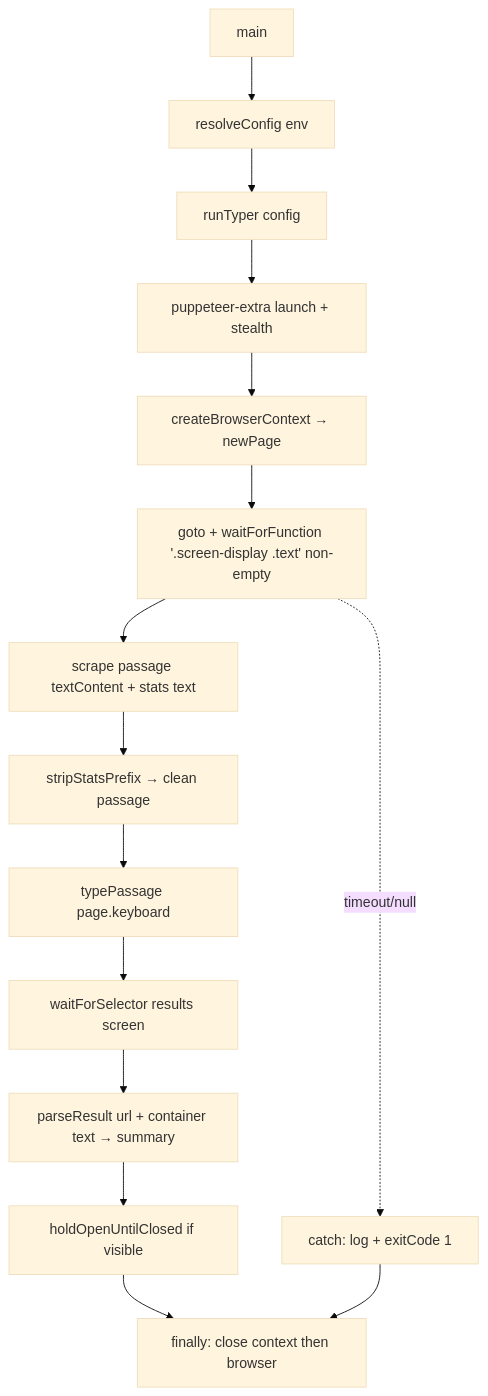
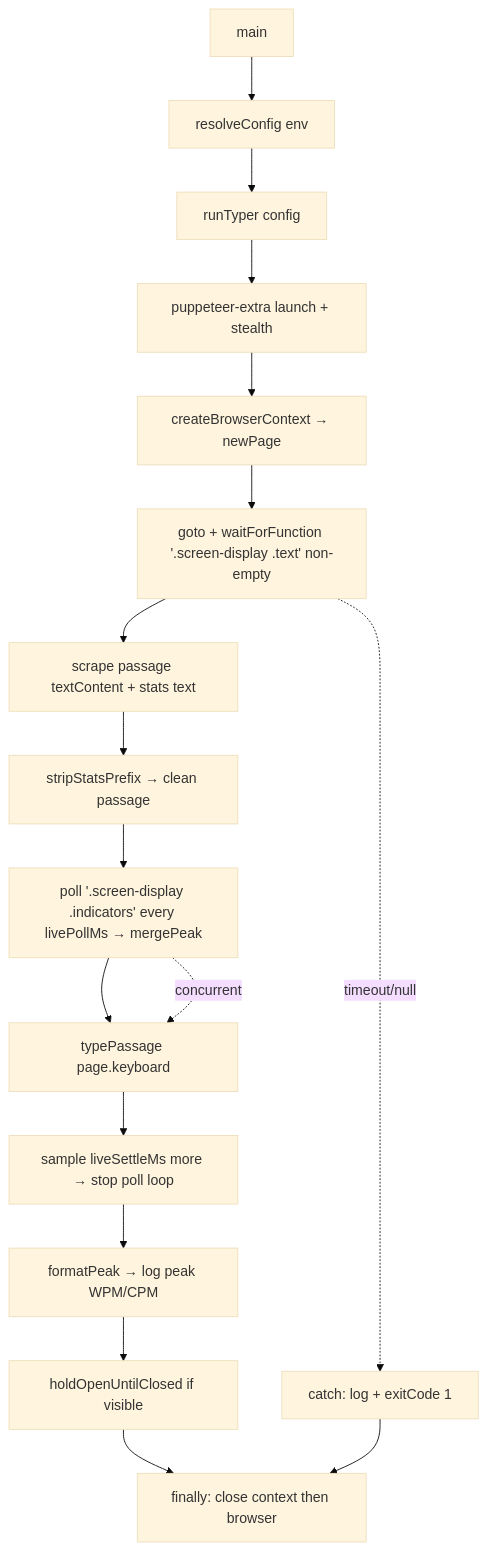
The diagram in .portfolio/architecture.md (Technical-1/Supernatural-Speed-Typer), drawn with Mermaid (base theme) before and after one commit. The commit also changed other lines of this file and 3 other files, not shown here.

Commit message:
docs: document peak live speed reporting and new config

````diff
--- a/.portfolio/architecture.md
+++ b/.portfolio/architecture.md
@@ -5,17 +5,19 @@
 ```mermaid
 flowchart TD
     M[main] --> CFG[resolveConfig env]
     CFG --> RT[runTyper config]
     RT --> L[puppeteer-extra launch + stealth]
     L --> CTX[createBrowserContext → newPage]
     CTX --> NAV[goto + waitForFunction '.screen-display .text' non-empty]
     NAV --> SCRAPE[scrape passage textContent + stats text]
     SCRAPE --> STRIP[stripStatsPrefix → clean passage]
-    STRIP --> TYPE[typePassage page.keyboard]
-    TYPE --> WAIT[waitForSelector results screen]
-    WAIT --> PARSE[parseResult url + container text → summary]
-    PARSE --> HOLD[holdOpenUntilClosed if visible]
+    STRIP --> POLL[poll '.screen-display .indicators' every livePollMs → mergePeak]
+    POLL --> TYPE[typePassage page.keyboard]
+    TYPE --> SETTLE[sample liveSettleMs more → stop poll loop]
+    SETTLE --> REPORT[formatPeak → log peak WPM/CPM]
+    POLL -. concurrent .-> TYPE
+    REPORT --> HOLD[holdOpenUntilClosed if visible]
     HOLD --> TD[finally: close context then browser]
     NAV -. timeout/null .-> ERR[catch: log + exitCode 1]
     ERR --> TD
 ```
````
